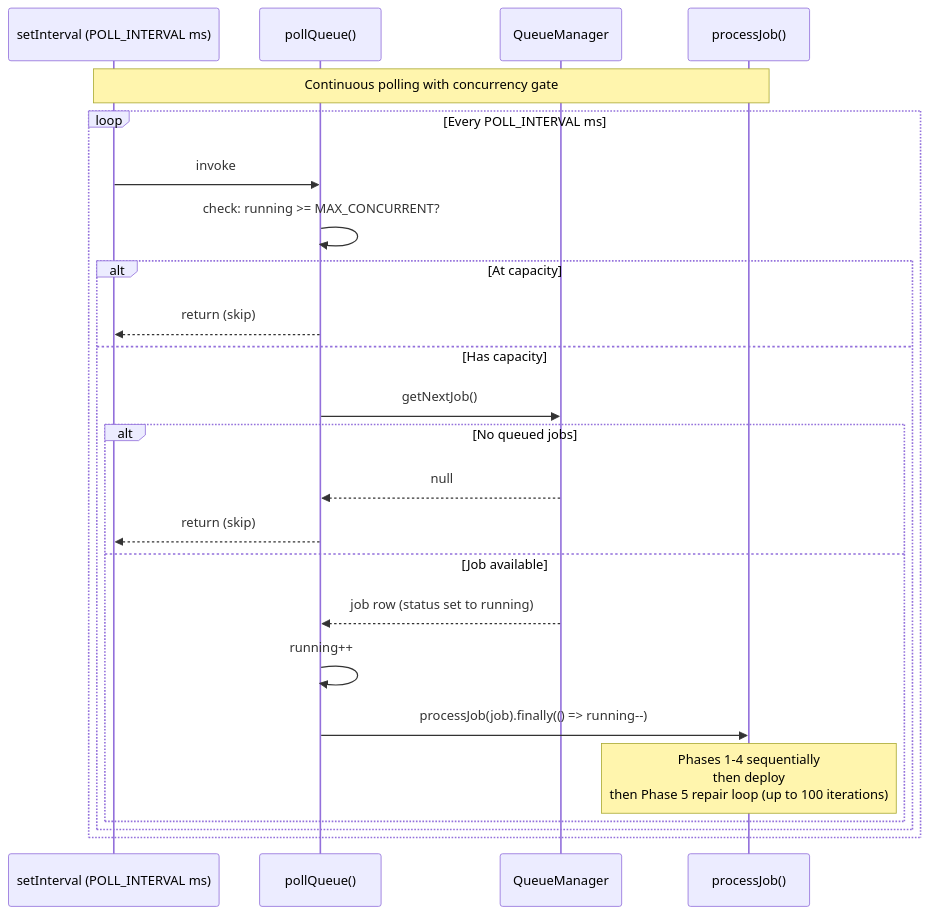
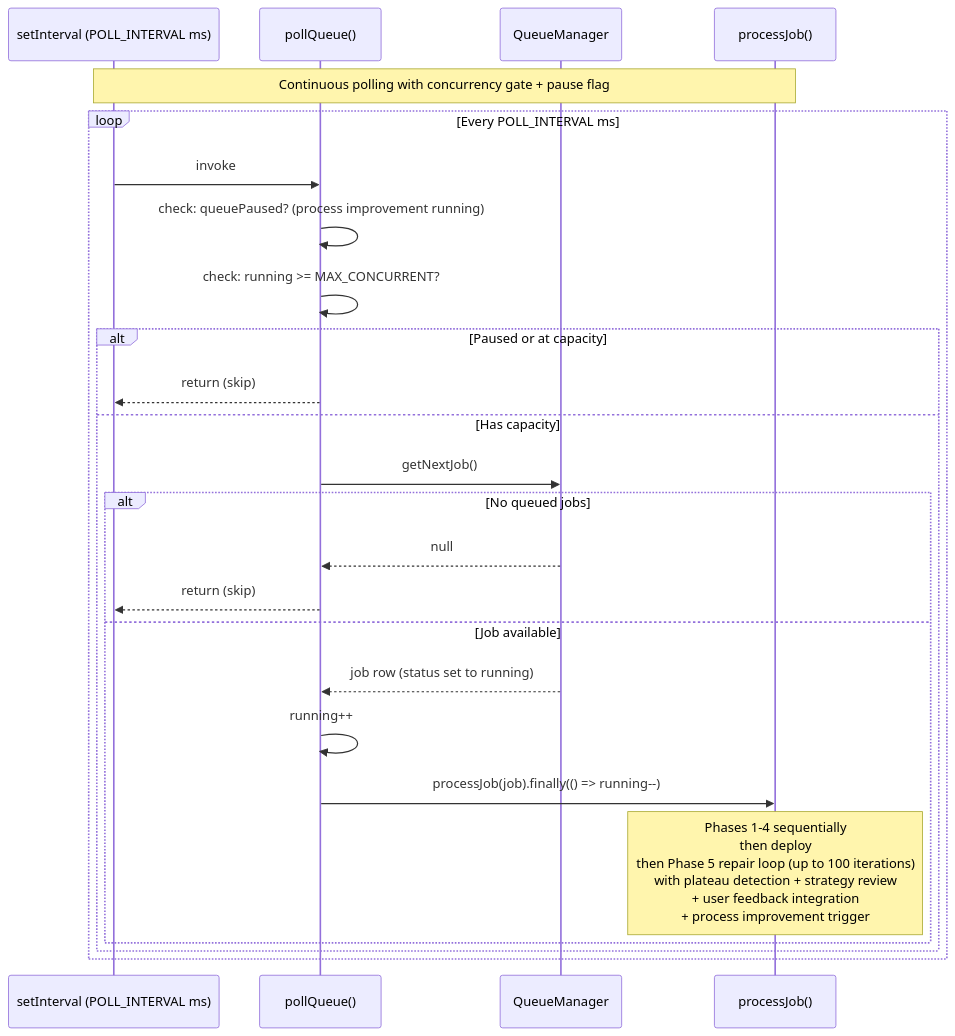
The sixth of 6 diagrams in AI/document/09-boot-sequence.md (J-Gierend/gamePocGen), drawn with Mermaid before and after one commit. The commit also changed other lines of this file and 5 other files, not shown here.

````diff
--- a/AI/document/09-boot-sequence.md
+++ b/AI/document/09-boot-sequence.md
@@ -167,28 +168,29 @@
 ```mermaid
 sequenceDiagram
     participant Timer as setInterval (POLL_INTERVAL ms)
     participant Poller as pollQueue()
     participant QM as QueueManager
     participant Process as processJob()
 
-    Note over Timer,Process: Continuous polling with concurrency gate
+    Note over Timer,Process: Continuous polling with concurrency gate + pause flag
 
     loop Every POLL_INTERVAL ms
         Timer->>Poller: invoke
+        Poller->>Poller: check: queuePaused? (process improvement running)
         Poller->>Poller: check: running >= MAX_CONCURRENT?
-        alt At capacity
+        alt Paused or at capacity
             Poller-->>Timer: return (skip)
         else Has capacity
             Poller->>QM: getNextJob()
             alt No queued jobs
                 QM-->>Poller: null
                 Poller-->>Timer: return (skip)
             else Job available
                 QM-->>Poller: job row (status set to running)
                 Poller->>Poller: running++
                 Poller->>Process: processJob(job).finally(() => running--)
-                Note over Process: Phases 1-4 sequentially<br/>then deploy<br/>then Phase 5 repair loop (up to 100 iterations)
+                Note over Process: Phases 1-4 sequentially<br/>then deploy<br/>then Phase 5 repair loop (up to 100 iterations)<br/>with plateau detection + strategy review<br/>+ user feedback integration<br/>+ process improvement trigger
             end
         end
     end
 ```
````
